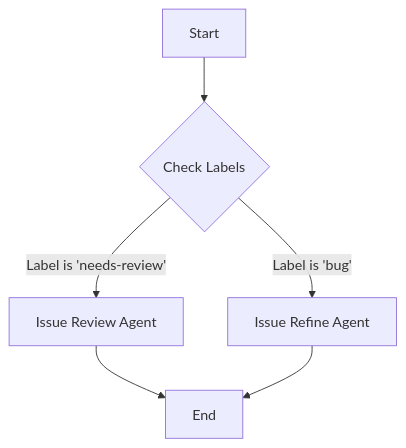
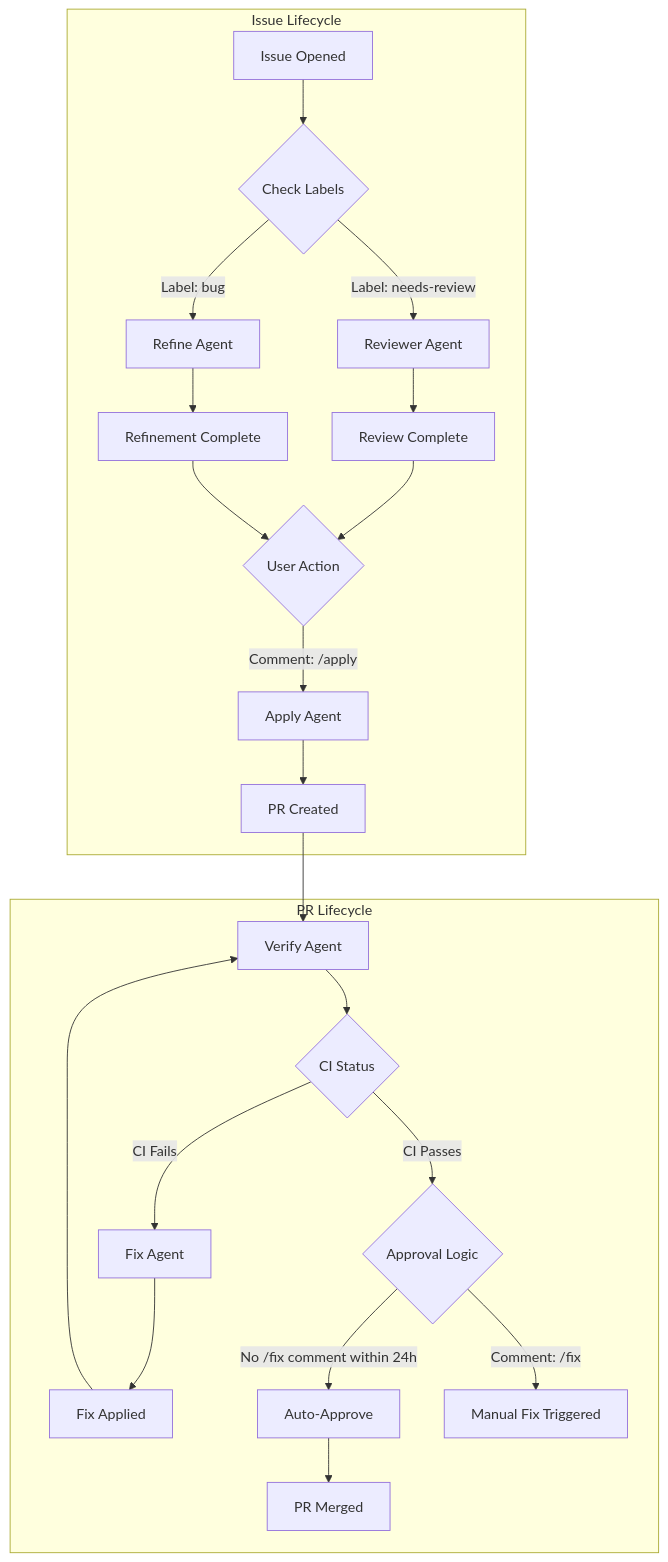
One commit to ZHamburglar/SelfHostedAISDLC changed the diagram in README.md. Above: the diagram before and after it, drawn with Mermaid. The commit also changed other lines of this file, not shown here.

Commit message:
fix: resolve issue #15 — [Docs]: Update README Mermaid diagram to accurately reflect full agent lifecycle and triggers
Update README.md to replace the simplified Mermaid diagram with a comprehensive graph TD diagram detailing the full agent lifecycle, including Issue and PR lifecycles, specific triggers, and approval logic.

````diff
--- a/README.md
+++ b/README.md
@@ -58,8 +61,26 @@
 ```mermaid
 graph TD
-    A[Start] --> B{Check Labels}
-    B -->|Label is 'needs-review'| C[Issue Review Agent]
-    B -->|Label is 'bug'| D[Issue Refine Agent]
-    C --> E[End]
-    D --> E
+    subgraph Issue Lifecycle
+        A[Issue Opened] --> B{Check Labels}
+        B -->|Label: needs-review| C[Reviewer Agent]
+        B -->|Label: bug| D[Refine Agent]
+        C --> E[Review Complete]
+        D --> F[Refinement Complete]
+        E --> G{User Action}
+        F --> G
+        G -->|Comment: /apply| H[Apply Agent]
+        H --> I[PR Created]
+    end
+
+    subgraph PR Lifecycle
+        I --> J[Verify Agent]
+        J --> K{CI Status}
+        K -->|CI Fails| L[Fix Agent]
+        K -->|CI Passes| M{Approval Logic}
+        L --> N[Fix Applied]
+        N --> J
+        M -->|No /fix comment within 24h| O[Auto-Approve]
+        M -->|Comment: /fix| P[Manual Fix Triggered]
+        O --> Q[PR Merged]
+    end
 ```
````
